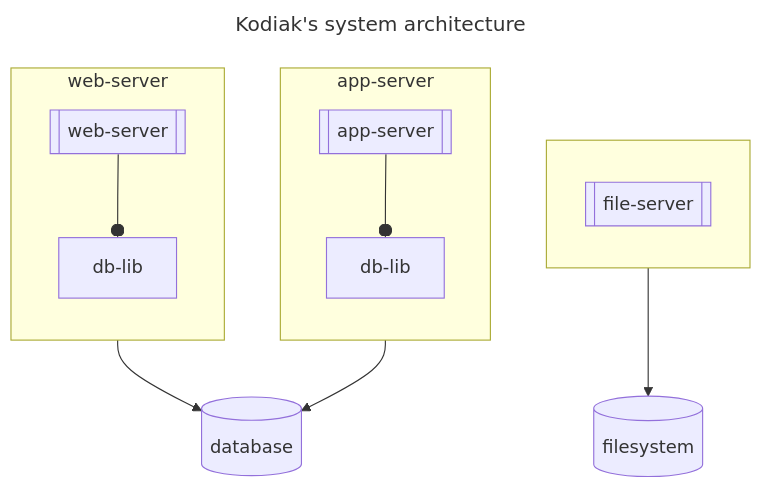
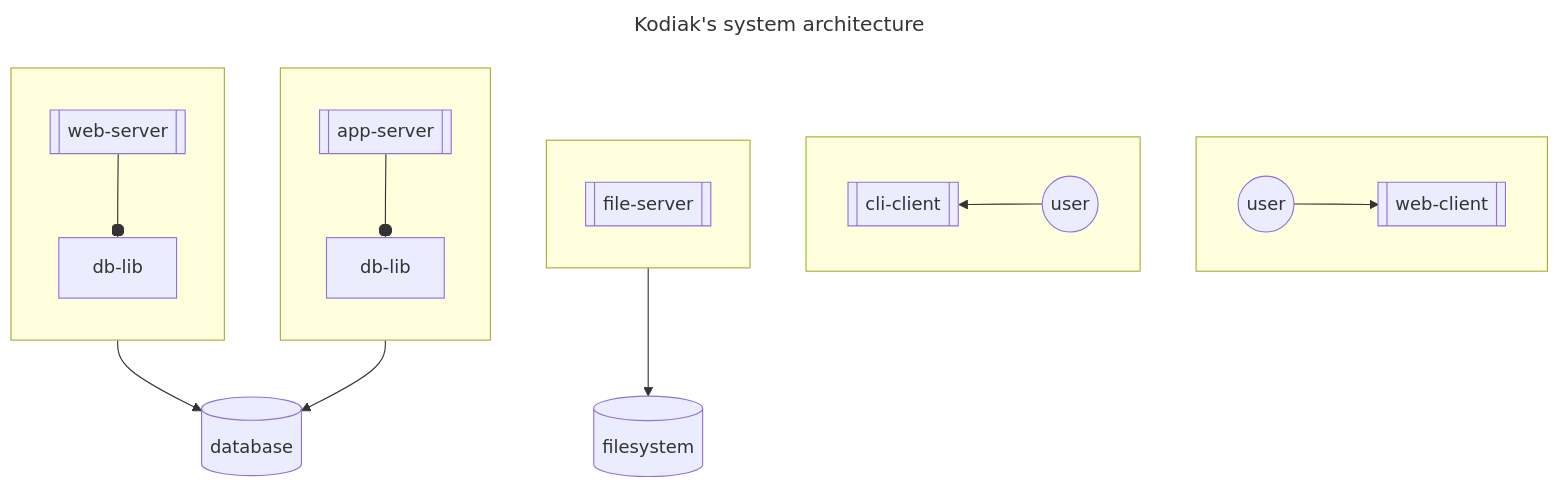
Before and after one commit to polarlabs/kodiak-diagrams: the first of 2 diagrams in SYSTEM-ARCHITECTURE.md, drawn with Mermaid.

Commit message:
mod: additional parts.

````diff
--- a/SYSTEM-ARCHITECTURE.md
+++ b/SYSTEM-ARCHITECTURE.md
@@ -5,22 +5,30 @@
 ```mermaid
 ---
 title: Kodiak's system architecture
 ---
 flowchart TB
   direction TB
+  subgraph user-web[ ]
+    direction LR
+    web-user((user)) --> web-client[[web-client]]
+  end
+  subgraph user-cli[ ]
+    direction RL
+    cli-user((user)) --> cli-client[[cli-client]]
+  end
   subgraph file-server[ ]
     direction TB
     file-server.pro[[file-server]]
   end
-  subgraph web-server
+  subgraph web-server[ ]
     direction TB
     web-server.pro[[web-server]] --o web-server.db-lib[db-lib]
   end
-  subgraph app-server
+  subgraph app-server[ ]
     direction TB
     app-server.pro[[app-server]] --o app-server.db-lib[db-lib]
   end
   file-server --> filesystem[(filesystem)]
   web-server --> database[(database)]
   app-server --> database[(database)]
 ```
````
